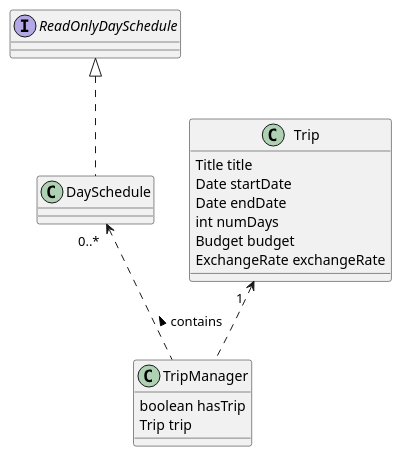
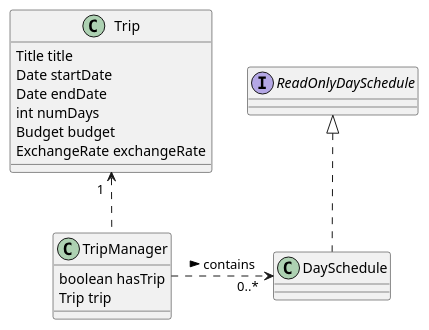
Before and after one commit to zenatrick/main: the diagram in docs/diagrams/trip/TripClassDiagram.puml, drawn with PlantUML. The commit also changed 1 other file, not shown here.

```diff
--- a/docs/diagrams/trip/TripClassDiagram.puml
+++ b/docs/diagrams/trip/TripClassDiagram.puml
@@ -1,24 +1,24 @@
 @startuml
 
 
 interface ReadOnlyDaySchedule
 
 Trip "1  "<.. TripManager
-DaySchedule"0..*  " <.. TripManager : < contains
+DaySchedule"0..*  " <.left. TripManager : contains <
 ReadOnlyDaySchedule <|.. DaySchedule
 
 class TripManager {
 boolean hasTrip
 Trip trip
 }
 
 class Trip {
     Title title
     Date startDate
     Date endDate
     int numDays
     Budget budget
     ExchangeRate exchangeRate
 }
 
 @enduml
```
